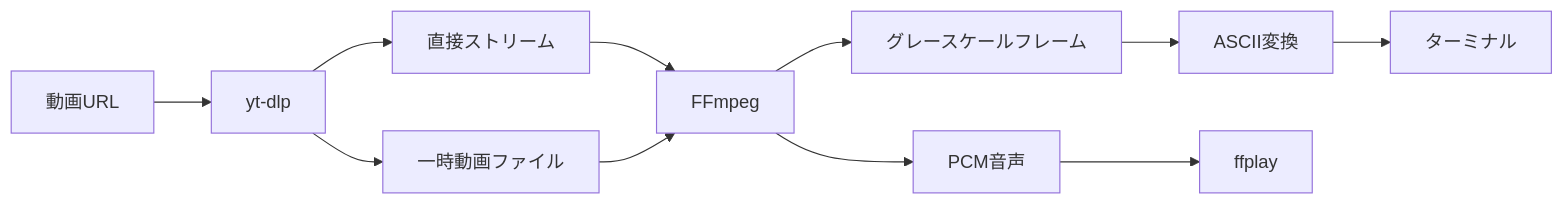
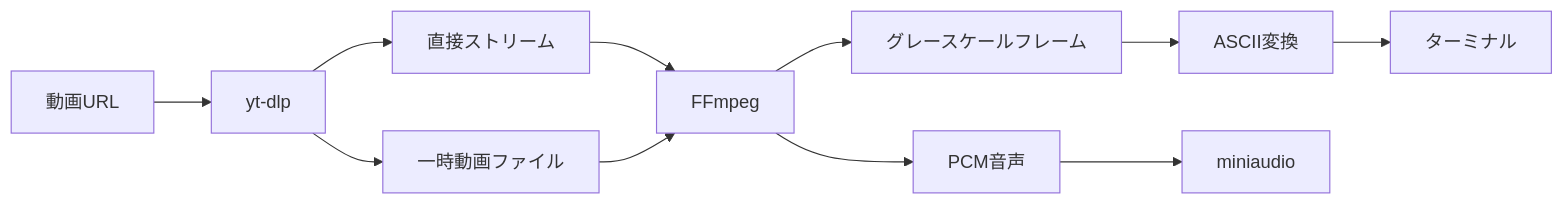
Before and after one commit to Xenoah/ascii-dlp: the diagram in README.md, drawn with Mermaid. The commit also changed other lines of this file and 9 other files, not shown here.

````diff
--- a/README.md
+++ b/README.md
@@ -133,13 +130,13 @@
 ```mermaid
 flowchart LR
     A[動画URL] --> B[yt-dlp]
     B --> C[直接ストリーム]
     B --> D[一時動画ファイル]
     C --> E[FFmpeg]
     D --> E
     E --> F[グレースケールフレーム]
     F --> G[ASCII変換]
     G --> H[ターミナル]
     E --> I[PCM音声]
-    I --> J[ffplay]
+    I --> J[miniaudio]
 ```
````
